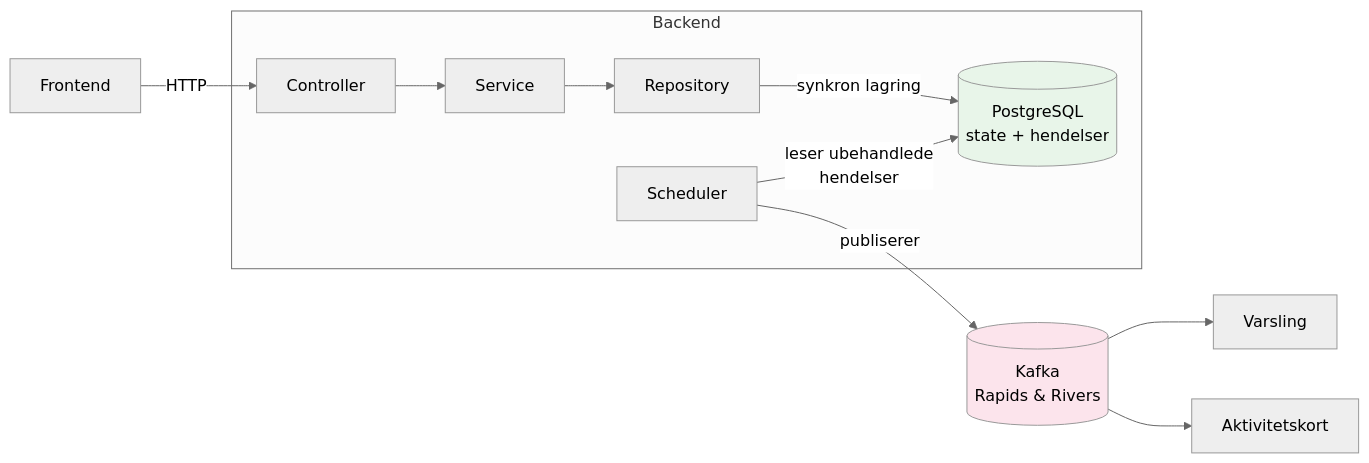
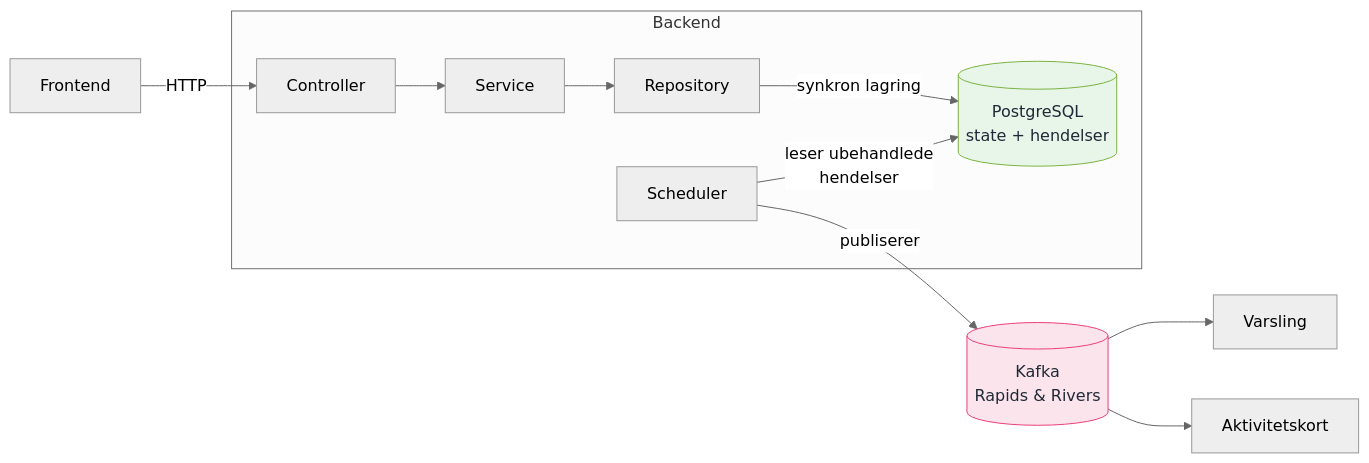
One commit to navikt/rekrutteringstreff-backend changed the diagram in docs/2-arkitektur/teknologi og overorndet arkitektur.md. Above: the diagram before and after it, drawn with Mermaid (neutral theme). The commit also changed other lines of this file, not shown here.

````diff
--- a/docs/2-arkitektur/teknologi og overorndet arkitektur.md
+++ b/docs/2-arkitektur/teknologi og overorndet arkitektur.md
@@ -47,28 +47,28 @@
 ```mermaid
 flowchart LR
     FE[Frontend]
 
     subgraph Backend
         C[Controller]
         S[Service]
         R[Repository]
         DB[(PostgreSQL<br/>state + hendelser)]
         SCH[Scheduler]
     end
 
     K[(Kafka<br/>Rapids & Rivers)]
     VARSEL[Varsling]
     AK[Aktivitetskort]
 
     FE -->|HTTP| C
     C --> S
     S --> R
     R -->|synkron lagring| DB
     SCH -->|leser ubehandlede<br/>hendelser| DB
     SCH -->|publiserer| K
     K --> VARSEL
     K --> AK
 
-    style DB fill:#e8f5e9
-    style K fill:#fce4ec
+    style DB fill:#e8f5e9,stroke:#7cb342,color:#1f2937
+    style K fill:#fce4ec,stroke:#ec407a,color:#1f2937
 ```
````
